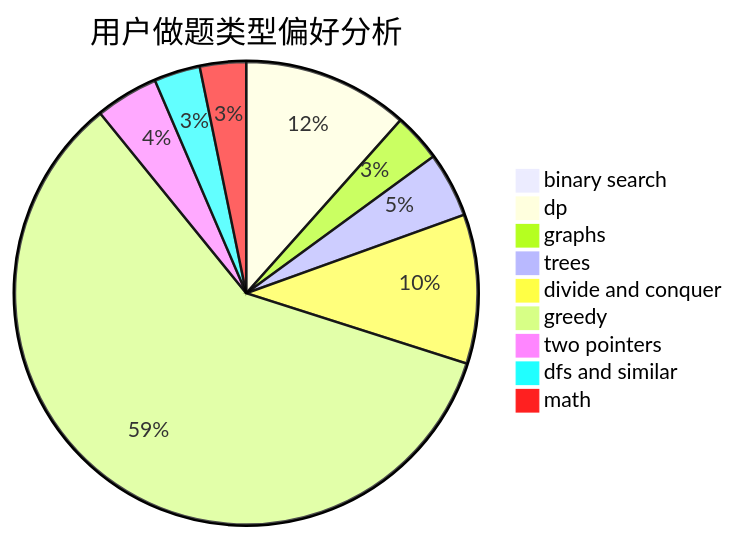
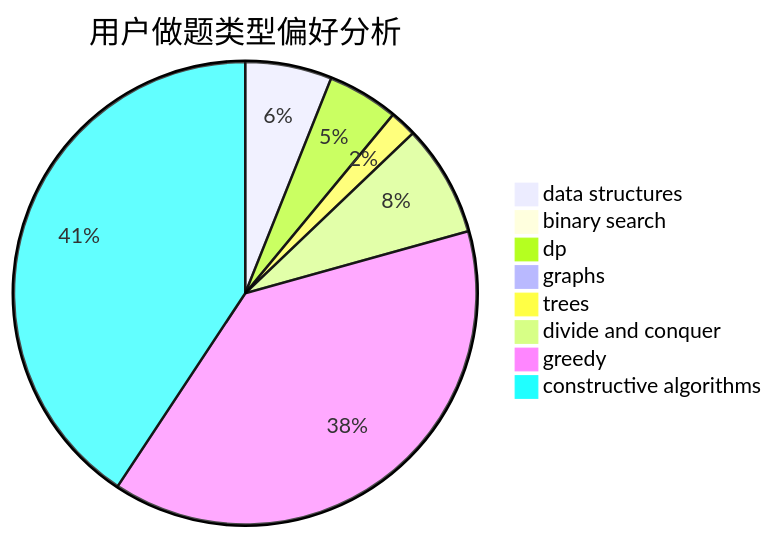
Before and after one commit to sherpahu/cfrs.github.io: the second of 3 diagrams in docs/user/u751.md, drawn with Mermaid. The commit also changed other lines of this file and 2775 other files, not shown here.

````diff
--- a/docs/user/u751.md
+++ b/docs/user/u751.md
@@ -23,12 +23,11 @@
 ```mermaid
 pie title 用户做题类型偏好分析
+    "data structures" :  55
     "binary search" :  0
-    "dp" :  79
-    "graphs" :  23
-    "trees" :  31
+    "dp" :  45
+    "graphs" :  3
+    "trees" :  17
     "divide and conquer" :  71
-    "greedy" :  404
-    "two pointers" :  30
-    "dfs and similar" :  22
-    "math" :  22
+    "greedy" :  351
+    "constructive algorithms" :  370
 ```
````
